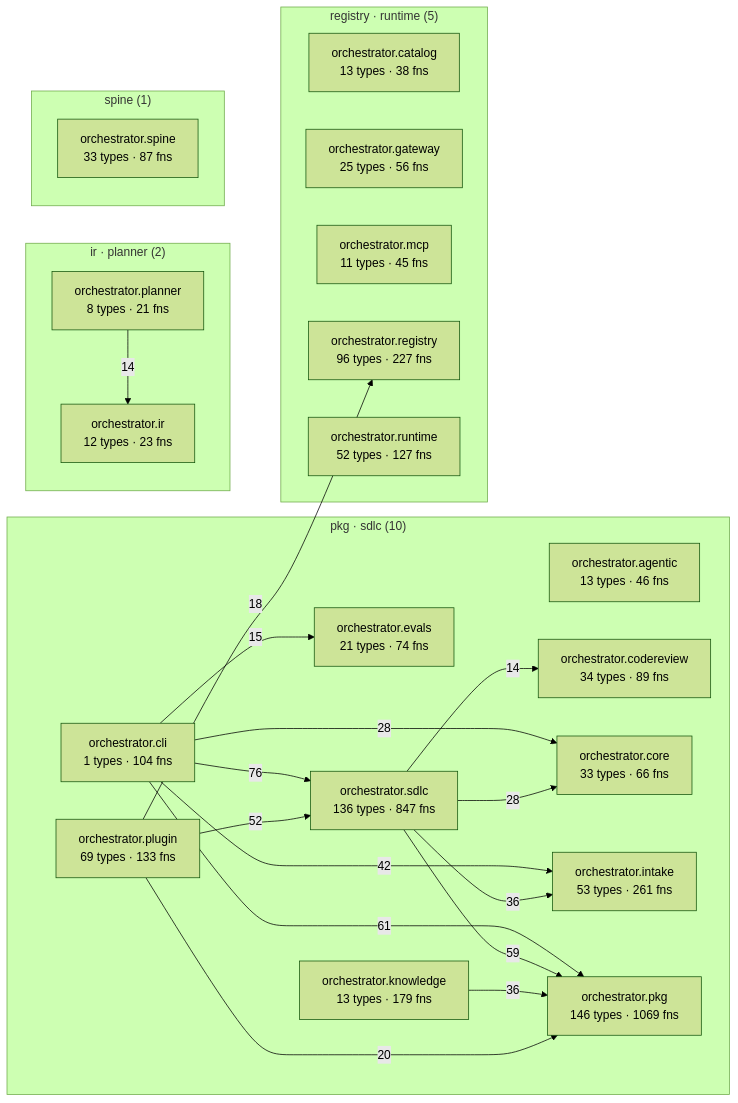
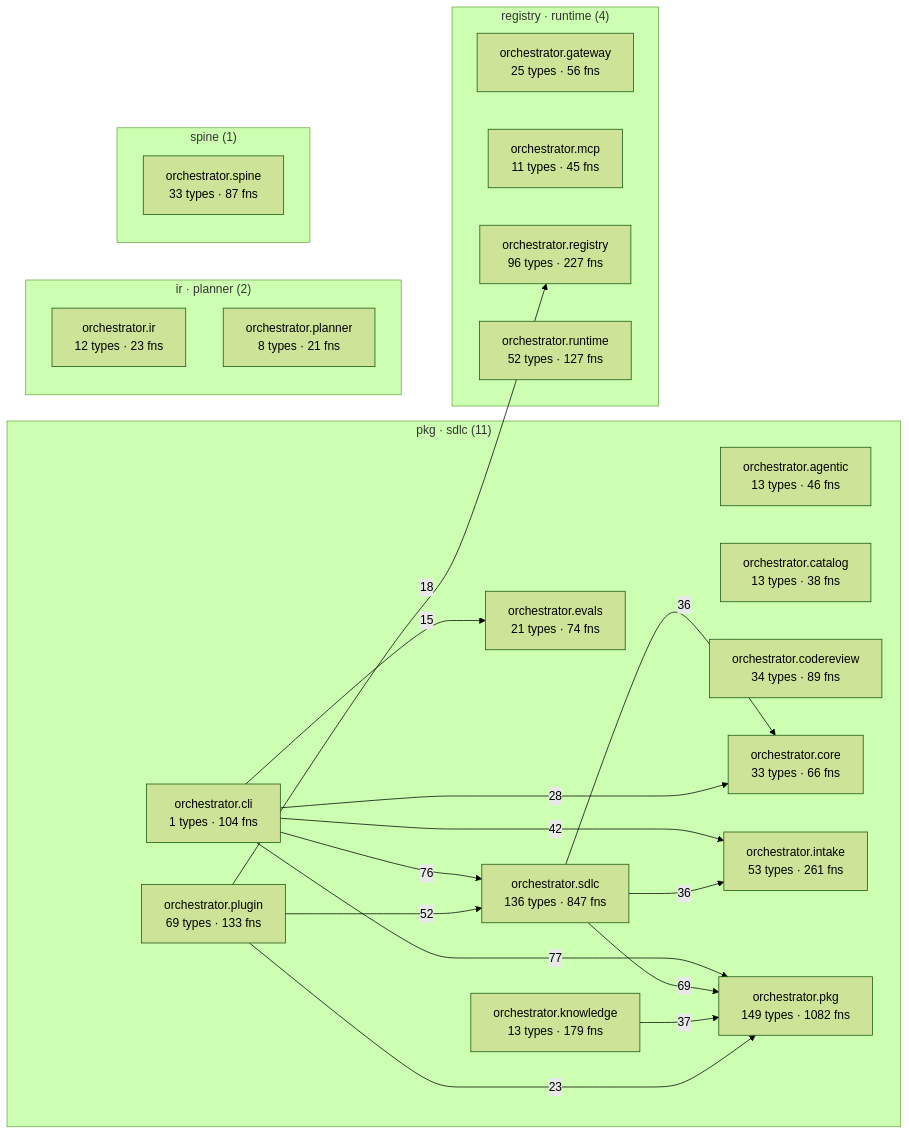
One commit to palakupadhyay23/spine changed the diagram in episteme/architecture.md. Above: the diagram before and after it, drawn with Mermaid (forest theme). The commit also changed other lines of this file and 38 other files, not shown here.

````diff
--- a/episteme/architecture.md
+++ b/episteme/architecture.md
@@ -55,43 +55,41 @@
 ```mermaid
 flowchart LR
-  subgraph c_2["pkg · sdlc (10)"]
+  subgraph c_2["pkg · sdlc (11)"]
     aorchestratoragentic["orchestrator.agentic<br/>13 types · 46 fns"]
+    aorchestratorcatalog["orchestrator.catalog<br/>13 types · 38 fns"]
     aorchestratorcli["orchestrator.cli<br/>1 types · 104 fns"]
     aorchestratorcodereview["orchestrator.codereview<br/>34 types · 89 fns"]
     aorchestratorcore["orchestrator.core<br/>33 types · 66 fns"]
     aorchestratorevals["orchestrator.evals<br/>21 types · 74 fns"]
     aorchestratorintake["orchestrator.intake<br/>53 types · 261 fns"]
     aorchestratorknowledge["orchestrator.knowledge<br/>13 types · 179 fns"]
-    aorchestratorpkg["orchestrator.pkg<br/>146 types · 1069 fns"]
+    aorchestratorpkg["orchestrator.pkg<br/>149 types · 1082 fns"]
     aorchestratorplugin["orchestrator.plugin<br/>69 types · 133 fns"]
     aorchestratorsdlc["orchestrator.sdlc<br/>136 types · 847 fns"]
   end
-  subgraph c_4["registry · runtime (5)"]
-    aorchestratorcatalog["orchestrator.catalog<br/>13 types · 38 fns"]
+  subgraph c_4["registry · runtime (4)"]
     aorchestratorgateway["orchestrator.gateway<br/>25 types · 56 fns"]
     aorchestratormcp["orchestrator.mcp<br/>11 types · 45 fns"]
     aorchestratorregistry["orchestrator.registry<br/>96 types · 227 fns"]
     aorchestratorruntime["orchestrator.runtime<br/>52 types · 127 fns"]
   end
-  subgraph c_7["ir · planner (2)"]
+  subgraph c_6["ir · planner (2)"]
     aorchestratorir["orchestrator.ir<br/>12 types · 23 fns"]
     aorchestratorplanner["orchestrator.planner<br/>8 types · 21 fns"]
   end
-  subgraph c_12["spine (1)"]
+  subgraph c_11["spine (1)"]
     aorchestratorspine["orchestrator.spine<br/>33 types · 87 fns"]
   end
+  aorchestratorcli -->|77| aorchestratorpkg
   aorchestratorcli -->|76| aorchestratorsdlc
-  aorchestratorcli -->|61| aorchestratorpkg
-  aorchestratorsdlc -->|59| aorchestratorpkg
+  aorchestratorsdlc -->|69| aorchestratorpkg
   aorchestratorplugin -->|52| aorchestratorsdlc
   aorchestratorcli -->|42| aorchestratorintake
-  aorchestratorknowledge -->|36| aorchestratorpkg
+  aorchestratorknowledge -->|37| aorchestratorpkg
+  aorchestratorsdlc -->|36| aorchestratorcore
   aorchestratorsdlc -->|36| aorchestratorintake
   aorchestratorcli -->|28| aorchestratorcore
-  aorchestratorsdlc -->|28| aorchestratorcore
-  aorchestratorplugin -->|20| aorchestratorpkg
+  aorchestratorplugin -->|23| aorchestratorpkg
   aorchestratorplugin -->|18| aorchestratorregistry
   aorchestratorcli -->|15| aorchestratorevals
-  aorchestratorplanner -->|14| aorchestratorir
-  aorchestratorsdlc -->|14| aorchestratorcodereview
 ```
````
